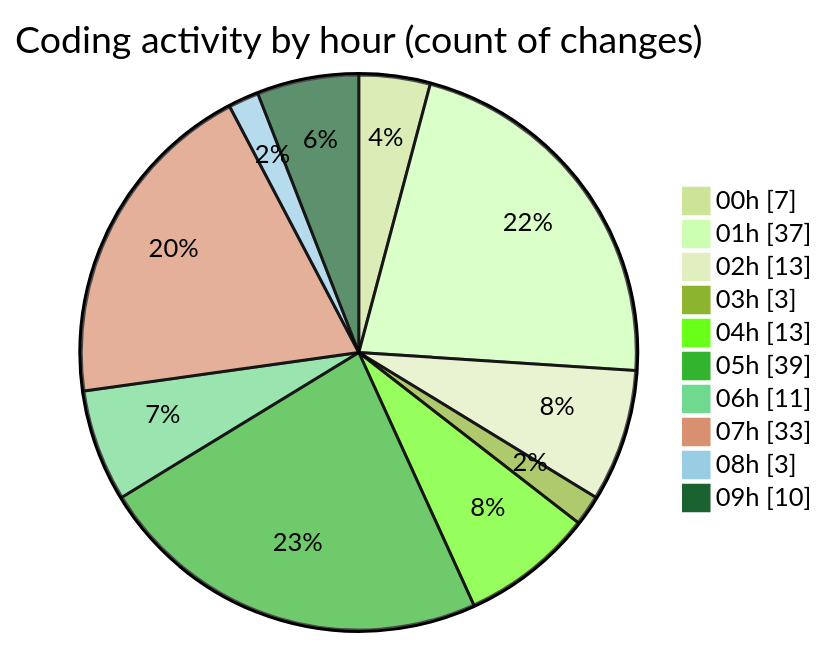
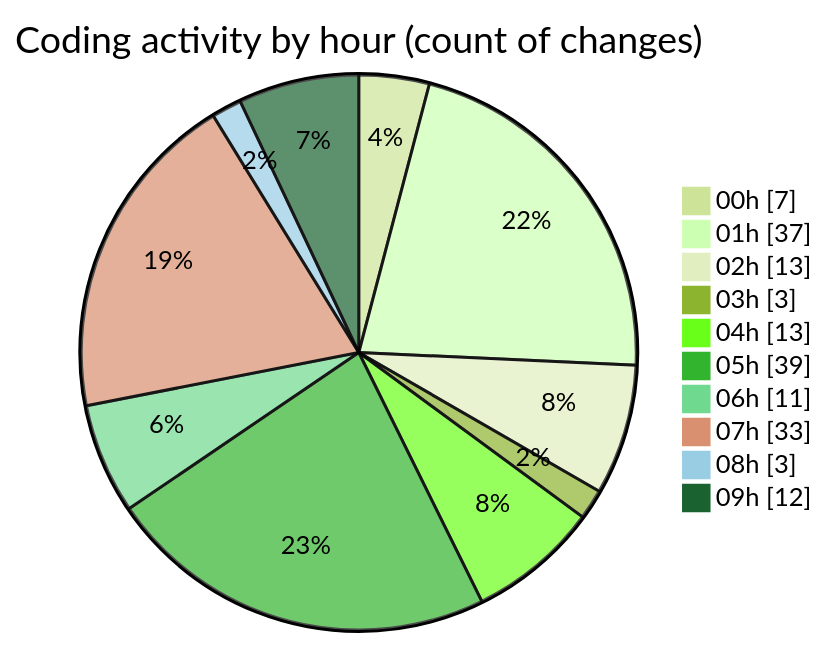
The second of 2 diagrams in 2025-02-23/micros/README.md (charlie-sans/code-tracking), drawn with Mermaid (forest theme) before and after one commit. The commit also changed other lines of this file and 1 other file, not shown here.

````diff
--- a/2025-02-23/micros/README.md
+++ b/2025-02-23/micros/README.md
@@ -67,14 +69,14 @@
 ```mermaid
 pie showData
 title Coding activity by hour (count of changes)
 "00h" : 7
 "01h" : 37
 "02h" : 13
 "03h" : 3
 "04h" : 13
 "05h" : 39
 "06h" : 11
 "07h" : 33
 "08h" : 3
-"09h" : 10
+"09h" : 12
 ```
````
